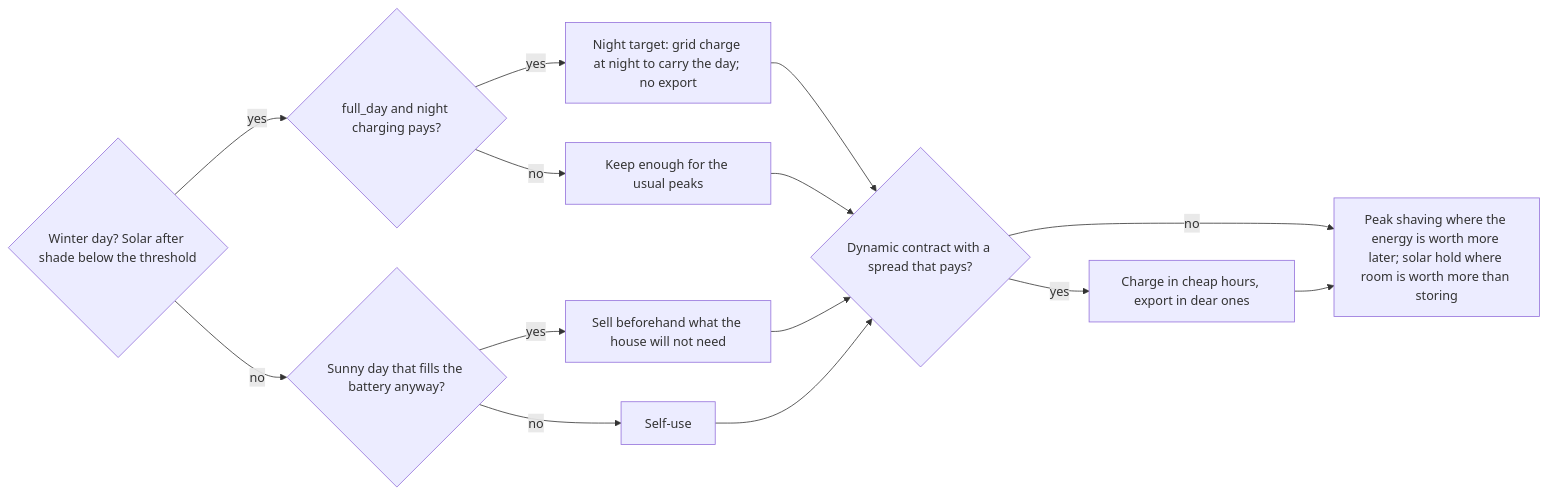
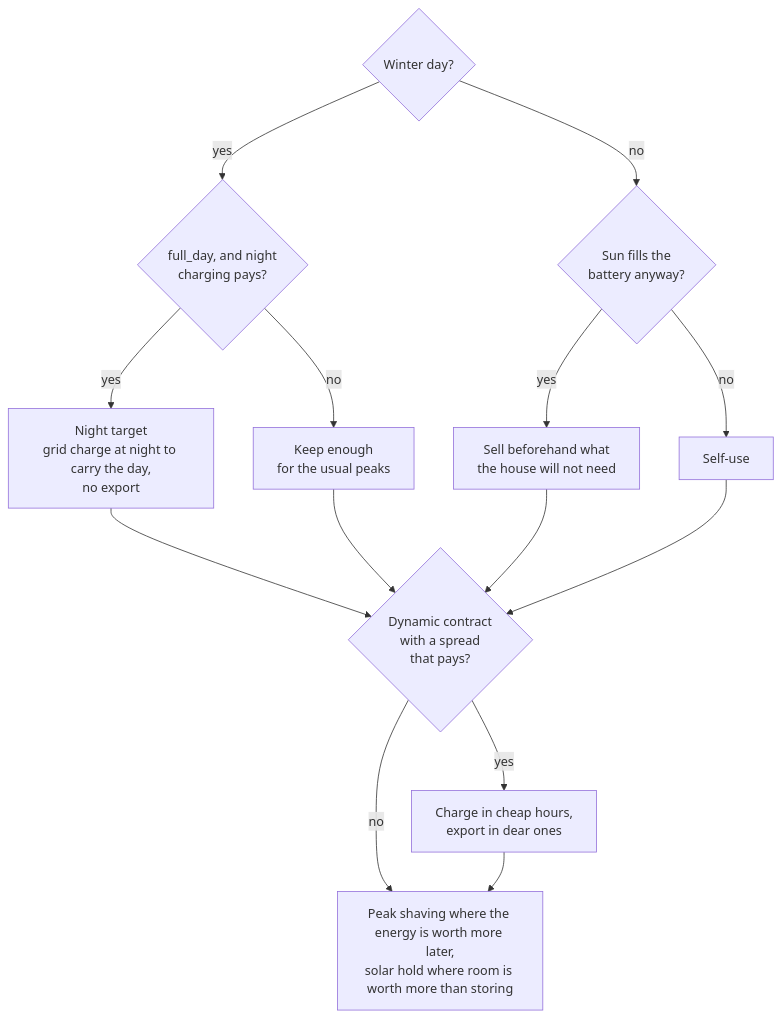
The third of 6 diagrams in battery_pilot/DOCS.md (Azer1652/hassBatteryPilot), drawn with Mermaid before and after one commit. The commit also changed other lines of this file, not shown here.

First line of the commit message:
Docs: readable mode diagrams (short decision questions, a note that parses)

````diff
--- a/battery_pilot/DOCS.md
+++ b/battery_pilot/DOCS.md
@@ -199,13 +210,13 @@
 ```mermaid
-flowchart LR
-    W{"Winter day? Solar after shade below the threshold"} -- yes --> T{"full_day and night charging pays?"}
-    T -- yes --> T1["Night target: grid charge at night to carry the day; no export"]
-    T -- no --> T2["Keep enough for the usual peaks"]
-    W -- no --> S{"Sunny day that fills the battery anyway?"}
-    S -- yes --> S1["Sell beforehand what the house will not need"]
+flowchart TD
+    W{"Winter day?"} -- yes --> T{"full_day, and night<br/>charging pays?"}
+    T -- yes --> T1["Night target<br/>grid charge at night to carry the day,<br/>no export"]
+    T -- no --> T2["Keep enough<br/>for the usual peaks"]
+    W -- no --> S{"Sun fills the<br/>battery anyway?"}
+    S -- yes --> S1["Sell beforehand what<br/>the house will not need"]
     S -- no --> S2["Self-use"]
-    T1 & T2 & S1 & S2 --> X{"Dynamic contract with a spread that pays?"}
-    X -- yes --> X1["Charge in cheap hours, export in dear ones"]
-    X -- no --> Y["Peak shaving where the energy is worth more later; solar hold where room is worth more than storing"]
+    T1 & T2 & S1 & S2 --> X{"Dynamic contract<br/>with a spread<br/>that pays?"}
+    X -- yes --> X1["Charge in cheap hours,<br/>export in dear ones"]
+    X -- no --> Y["Peak shaving where the energy is worth more later,<br/>solar hold where room is worth more than storing"]
     X1 --> Y
 ```
````
